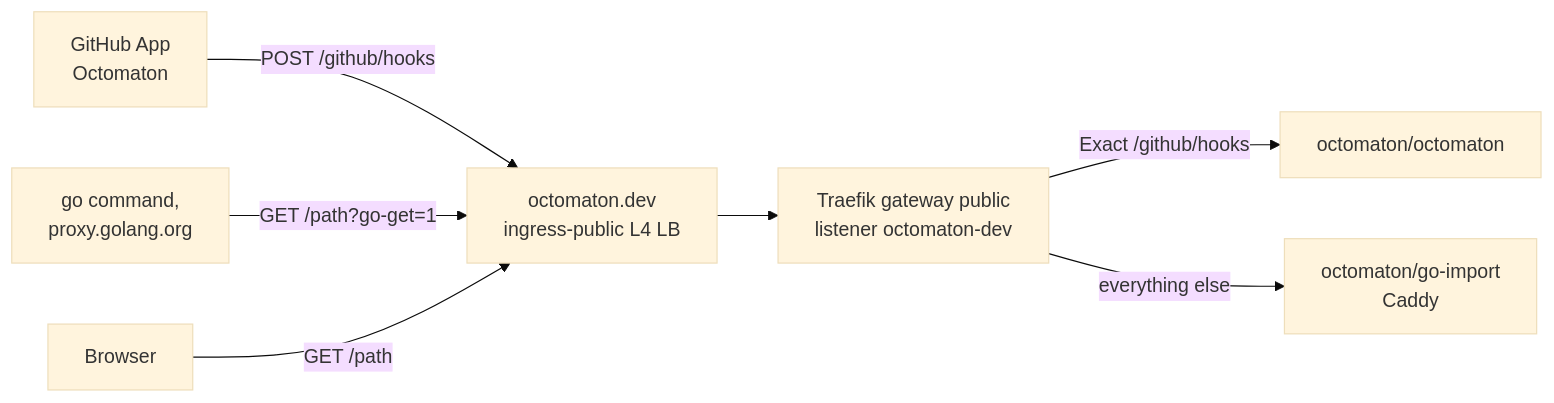
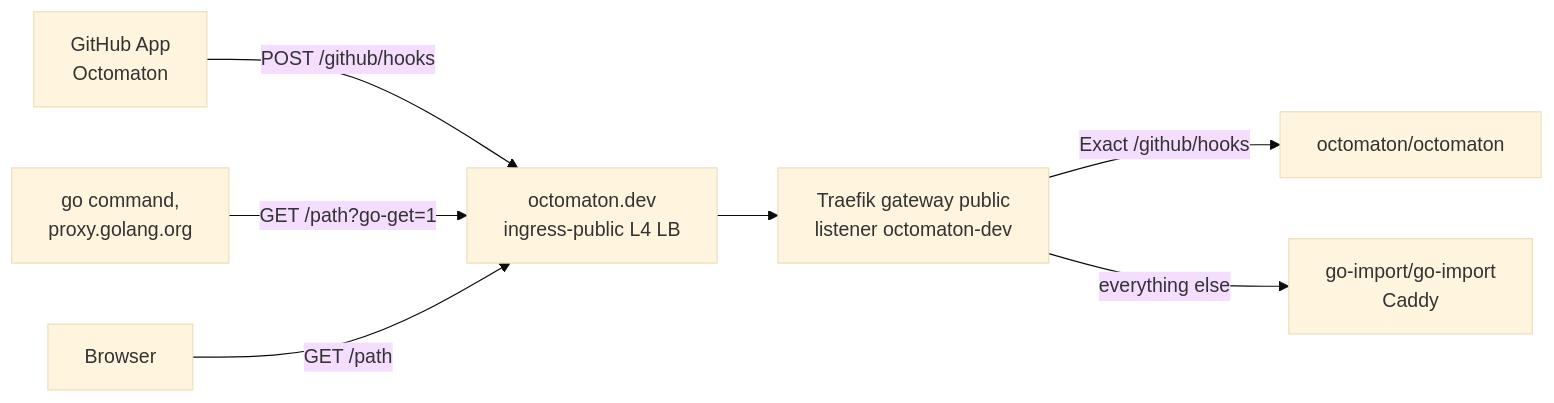
One commit to arikkfir-org/docs changed the first of 2 diagrams in hub/designs/octomaton-dev.md. Above: the diagram before and after it, drawn with Mermaid (base theme). The commit also changed other lines of this file and 3 other files, not shown here.

````diff
--- a/hub/designs/octomaton-dev.md
+++ b/hub/designs/octomaton-dev.md
@@ -10,9 +10,9 @@
 ```mermaid
 flowchart LR
   GH["GitHub App<br/>Octomaton"] -->|"POST /github/hooks"| LB
   GO["go command,<br/>proxy.golang.org"] -->|"GET /path?go-get=1"| LB
   BR["Browser"] -->|"GET /path"| LB
   LB["octomaton.dev<br/>ingress-public L4 LB"] --> GW["Traefik gateway public<br/>listener octomaton-dev"]
   GW -->|"Exact /github/hooks"| OC["octomaton/octomaton"]
-  GW -->|"everything else"| GI["octomaton/go-import<br/>Caddy"]
+  GW -->|"everything else"| GI["go-import/go-import<br/>Caddy"]
 ```
````
